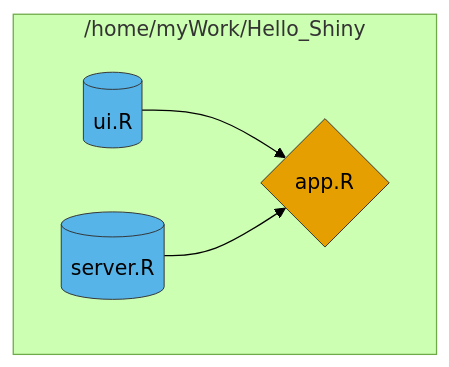
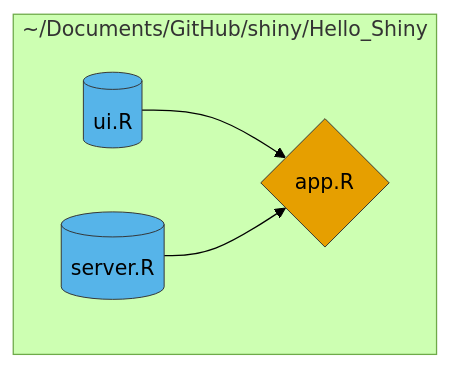
Before and after one commit to jkruppa/jkruppa.github.io: the second of 2 diagrams in programing-quarto-shiny.qmd, drawn with Mermaid (forest theme). The commit also changed other lines of this file and 2 other files, not shown here.

````diff
--- a/programing-quarto-shiny.qmd
+++ b/programing-quarto-shiny.qmd
@@ -183,14 +185,14 @@
 ```{mermaid}
 %%| label: fig-mermaid-shiny-01
 %%| fig-width: 6
 %%| fig-cap: "Für eine komplexere Shiny App brauchen wir drei Dateien. Deshalb ist es immer gut eine Ordnerstruktur zu haben. Hier liegen unsere Dateien `ui.R`, `server.R` und `app.R` im Ordner `shiny_simple`."
 flowchart LR
-    subgraph ide1 ["/home/myWork/Hello_Shiny"]
+    subgraph ide1 ["~/Documents/GitHub/shiny/Hello_Shiny"]
     direction LR
     B[(ui.R)]:::nodeB --> A{app.R}:::nodeA 
     C[(server.R)]:::nodeB --> A{app.R}:::nodeA
     end
     classDef nodeA fill:#E69F00,stroke:#333,stroke-width:0.75px
     classDef nodeB fill:#56B4E9,stroke:#333,stroke-width:0.75px
     
 ```
````
